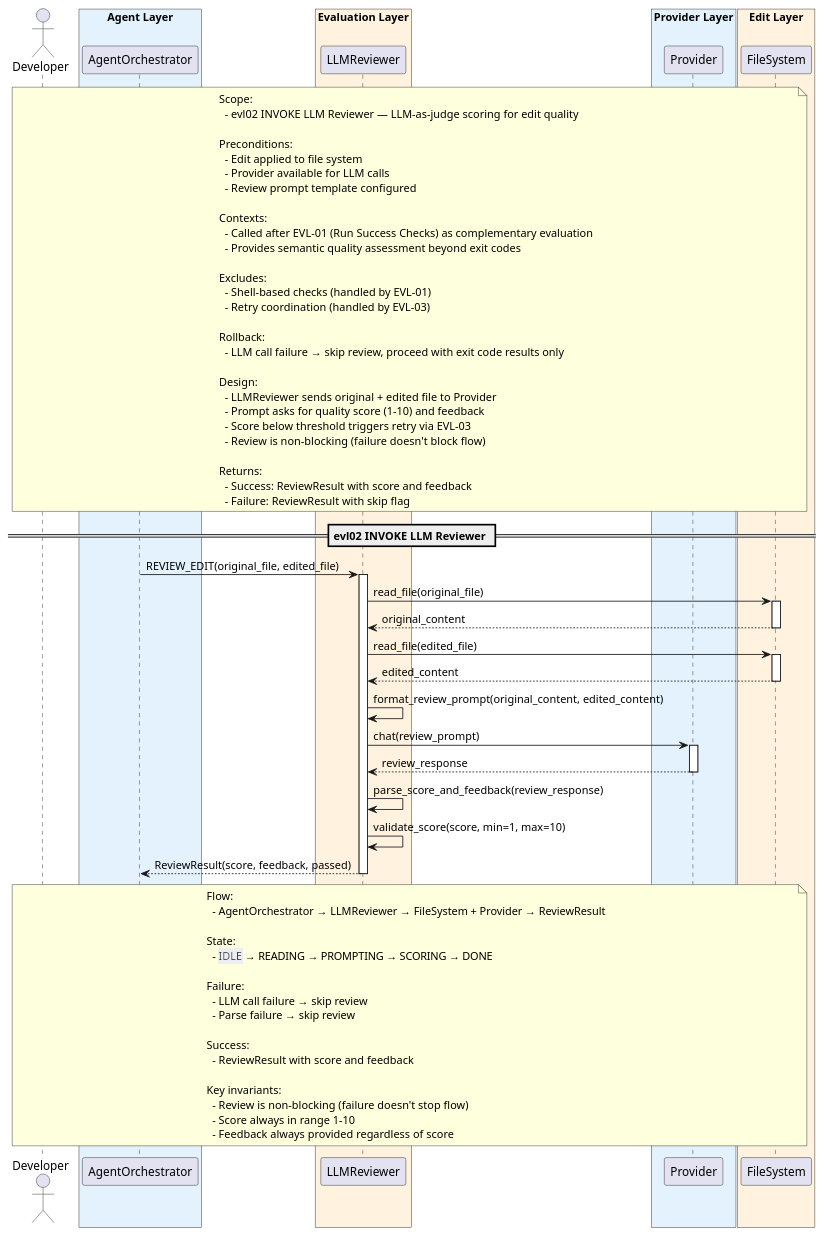
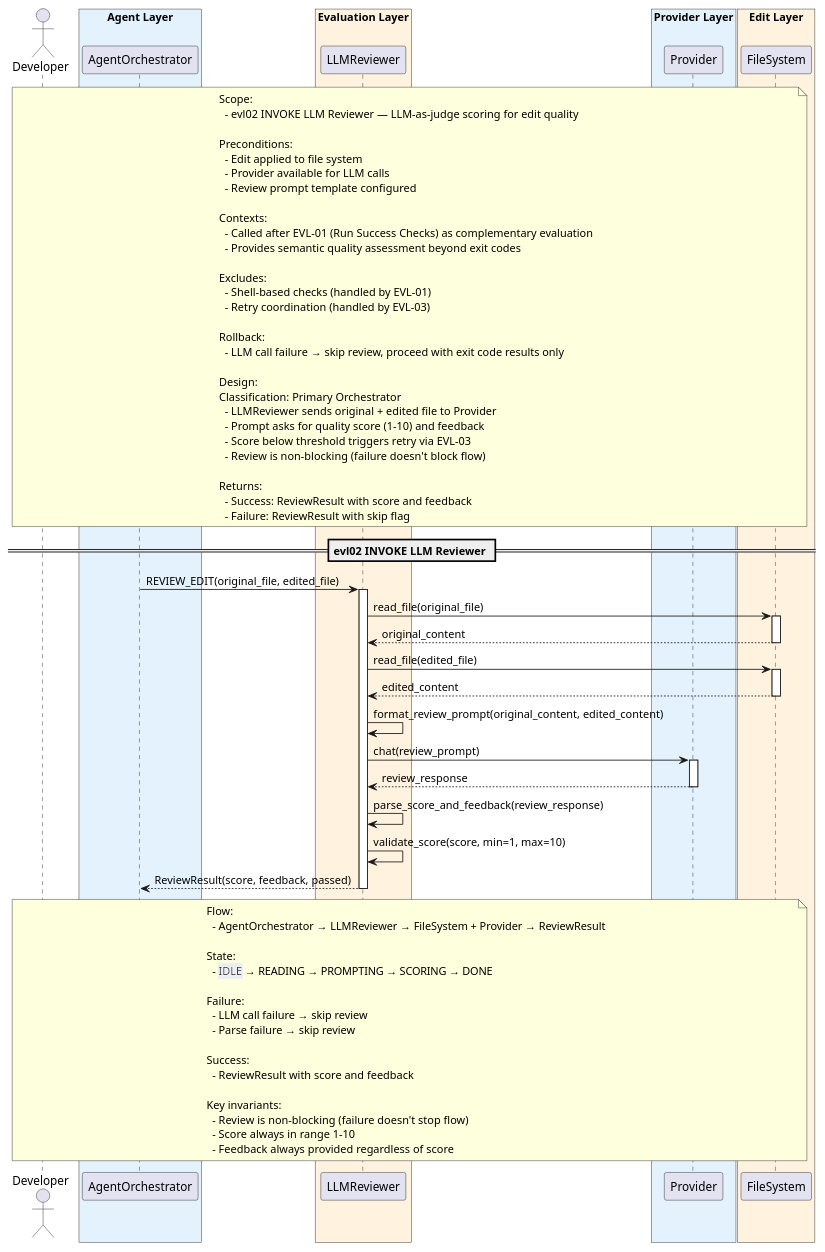
One commit to salimnamvar/nasim changed the diagram in docs/SQ/EVL/sq_evl04_validate_with_llm.puml. Above: the diagram before and after it, drawn with PlantUML. The commit also changed 153 other files, not shown here.

```diff
--- a/docs/SQ/EVL/sq_evl04_validate_with_llm.puml
+++ b/docs/SQ/EVL/sq_evl04_validate_with_llm.puml
@@ -1,107 +1,108 @@
 @startuml sq_evl04_validate_with_llm
 ' ============================================================
 ' Title:     EVL-04 — Validate With LLM
 ' Boundary:  nasim code agent CLI
 ' Purpose:   LLM-as-judge scoring for edit quality
 ' Milestone: v1.0
 ' Version:   1.0.0
-' Source:    docs/audit/audit.2026.06.20.deep.domain.audit.md
+' Source:    docs/UC/README.md
 ' Review:    —
 ' ============================================================
 
 actor "Developer" as user
 
 box "Agent Layer" #E3F2FD
   participant "AgentOrchestrator" as agent
 end box
 box "Evaluation Layer" #FFF3E0
   participant "LLMReviewer" as reviewer
 end box
 box "Provider Layer" #E3F2FD
   participant "Provider" as provider
 end box
 box "Edit Layer" #FFF3E0
   participant "FileSystem" as fs
 end box
 
 note over user, fs
   Scope:
     - evl02 INVOKE LLM Reviewer — LLM-as-judge scoring for edit quality
 
   Preconditions:
     - Edit applied to file system
     - Provider available for LLM calls
     - Review prompt template configured
 
   Contexts:
     - Called after EVL-01 (Run Success Checks) as complementary evaluation
     - Provides semantic quality assessment beyond exit codes
 
   Excludes:
     - Shell-based checks (handled by EVL-01)
     - Retry coordination (handled by EVL-03)
 
   Rollback:
     - LLM call failure → skip review, proceed with exit code results only
 
   Design:
+  Classification: Primary Orchestrator
     - LLMReviewer sends original + edited file to Provider
     - Prompt asks for quality score (1-10) and feedback
     - Score below threshold triggers retry via EVL-03
     - Review is non-blocking (failure doesn't block flow)
 
   Returns:
     - Success: ReviewResult with score and feedback
     - Failure: ReviewResult with skip flag
 end note
 
 == evl02 INVOKE LLM Reviewer ==
 
 agent -> reviewer : REVIEW_EDIT(original_file, edited_file)
 activate reviewer
 
 reviewer -> fs : read_file(original_file)
 activate fs
 fs --> reviewer : original_content
 deactivate fs
 
 reviewer -> fs : read_file(edited_file)
 activate fs
 fs --> reviewer : edited_content
 deactivate fs
 
 reviewer -> reviewer : format_review_prompt(original_content, edited_content)
 
 reviewer -> provider : chat(review_prompt)
 activate provider
 provider --> reviewer : review_response
 deactivate provider
 
 reviewer -> reviewer : parse_score_and_feedback(review_response)
 
 reviewer -> reviewer : validate_score(score, min=1, max=10)
 
 reviewer --> agent : ReviewResult(score, feedback, passed)
 deactivate reviewer
 
 note over user, fs
   Flow:
     - AgentOrchestrator → LLMReviewer → FileSystem + Provider → ReviewResult
 
   State:
     - <back:#ECEFF1>IDLE</back> → READING → PROMPTING → SCORING → DONE
 
   Failure:
     - LLM call failure → skip review
     - Parse failure → skip review
 
   Success:
     - ReviewResult with score and feedback
 
   Key invariants:
     - Review is non-blocking (failure doesn't stop flow)
     - Score always in range 1-10
     - Feedback always provided regardless of score
 end note
 
 @enduml
```
